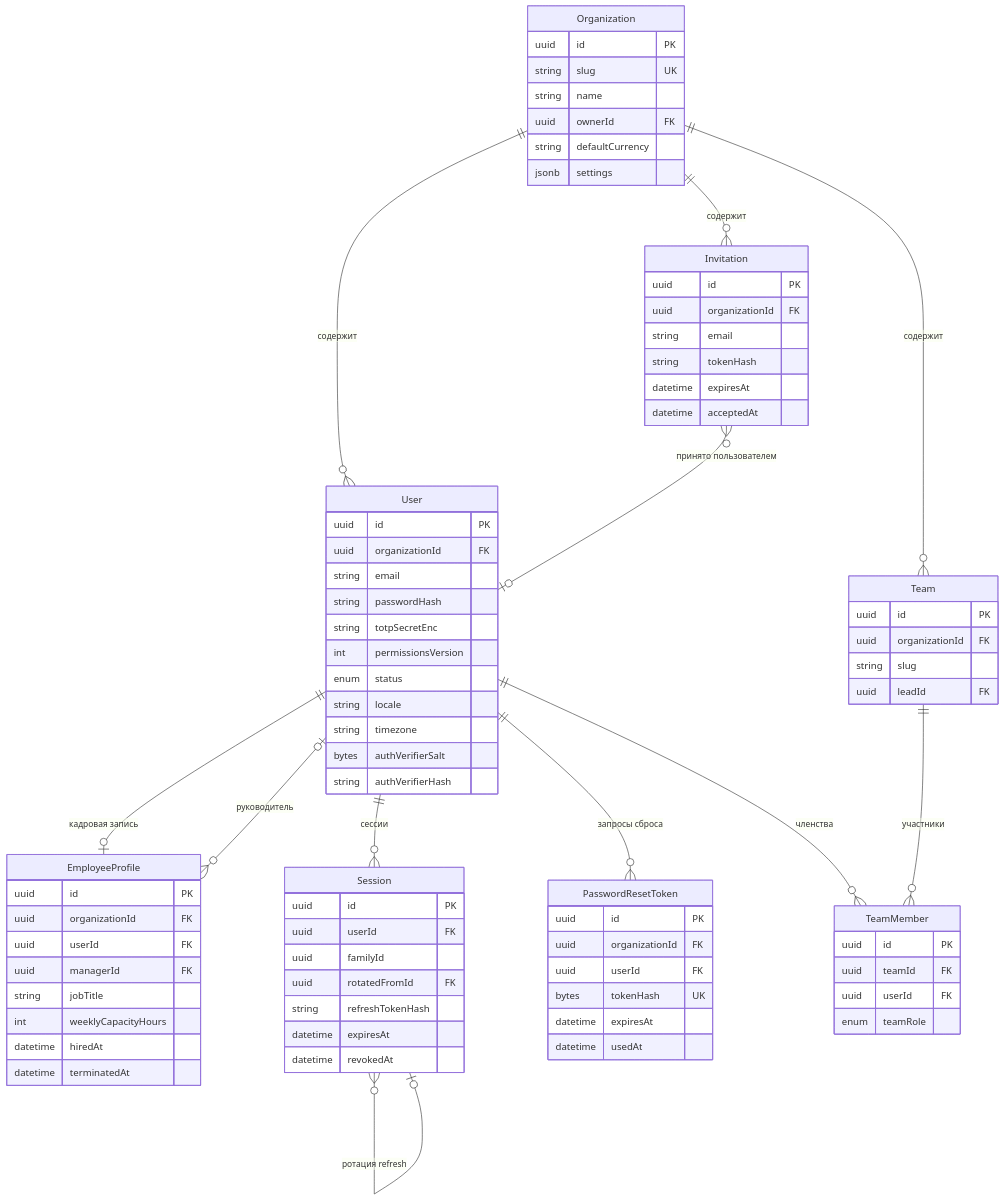
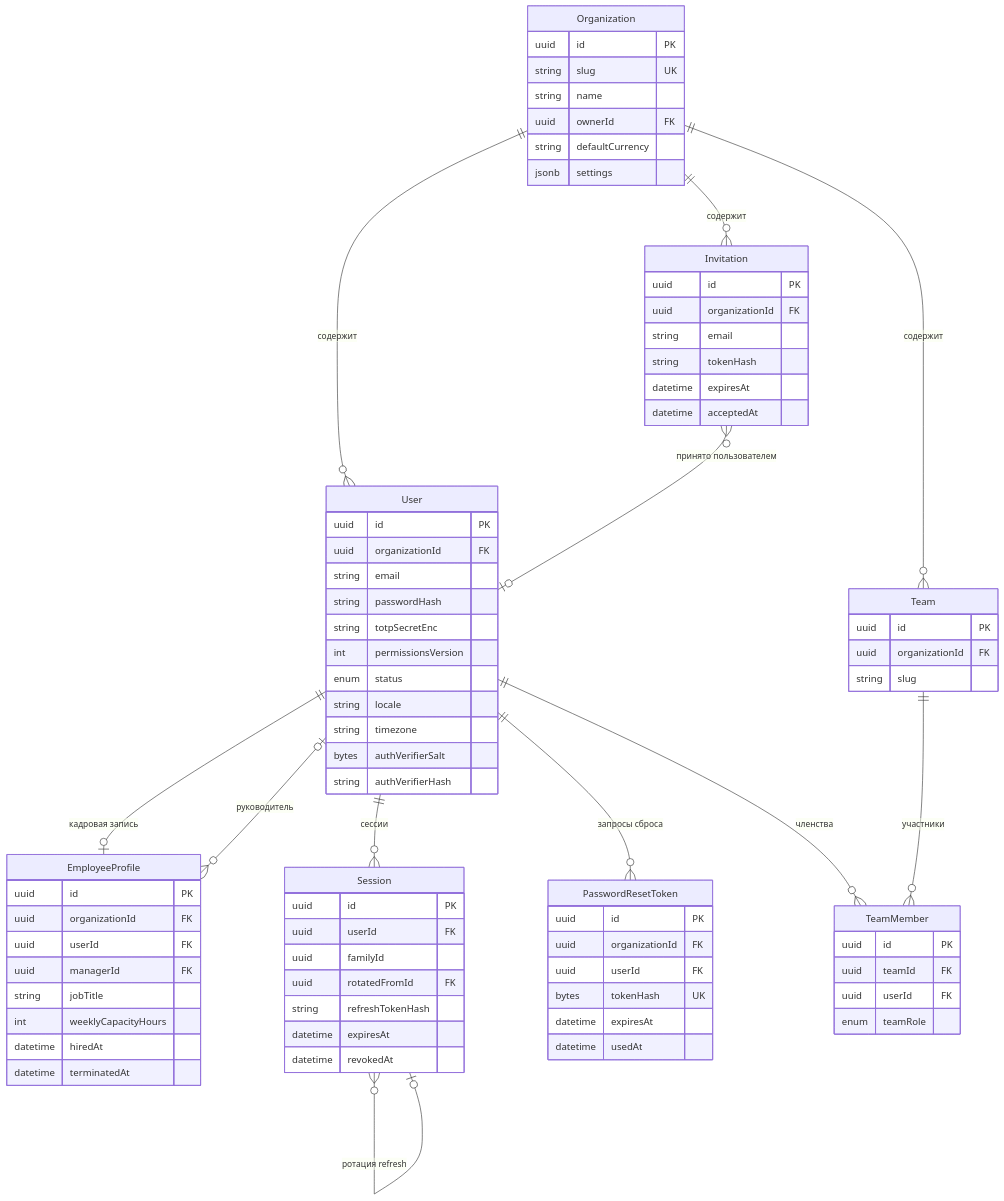
One commit to code0verdose/bad-crm changed the first of 15 diagrams in docs/architecture/data-model.md. Above: the diagram before and after it, drawn with Mermaid. The commit also changed other lines of this file and 131 other files, not shown here.

```diff
--- a/docs/architecture/data-model.md
+++ b/docs/architecture/data-model.md
@@ -382,7 +395,6 @@
         uuid id PK
         uuid organizationId FK
         string slug
-        uuid leadId FK
     }
     TeamMember {
         uuid id PK
```
